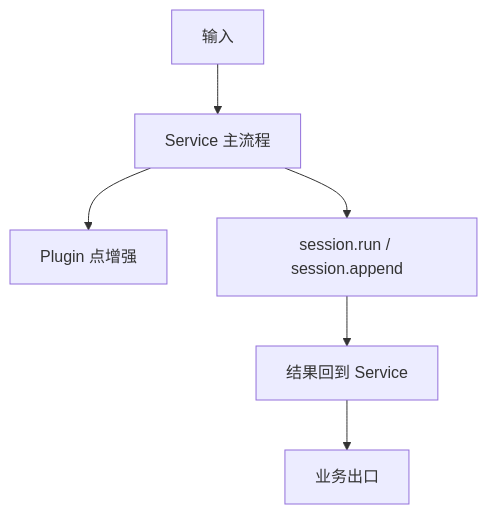
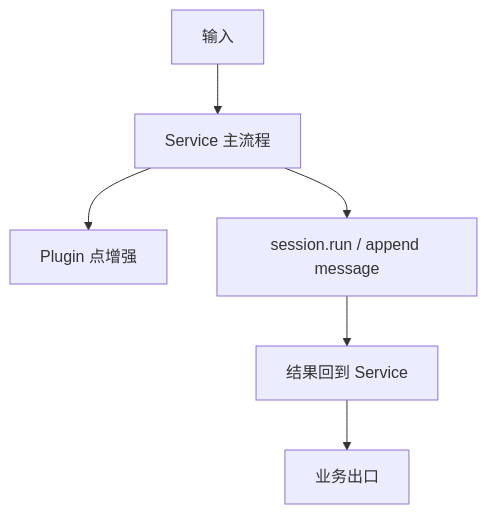
The second of 2 diagrams in homepage/content/devdocs/zh/services/service-principles.mdx (wangenius/downcity), drawn with Mermaid before and after one commit. The commit also changed other lines of this file and 37 other files, not shown here.

````diff
--- a/homepage/content/devdocs/zh/services/service-principles.mdx
+++ b/homepage/content/devdocs/zh/services/service-principles.mdx
@@ -182,8 +181,8 @@
 ```mermaid
 flowchart TD
   IN["输入"] --> SERVICE["Service 主流程"]
   SERVICE --> PLUGIN["Plugin 点增强"]
-  SERVICE --> SESSION["session.run / session.append"]
+  SERVICE --> SESSION["session.run / append message"]
   SESSION --> OUT["结果回到 Service"]
   OUT --> EXIT["业务出口"]
 ```
````
